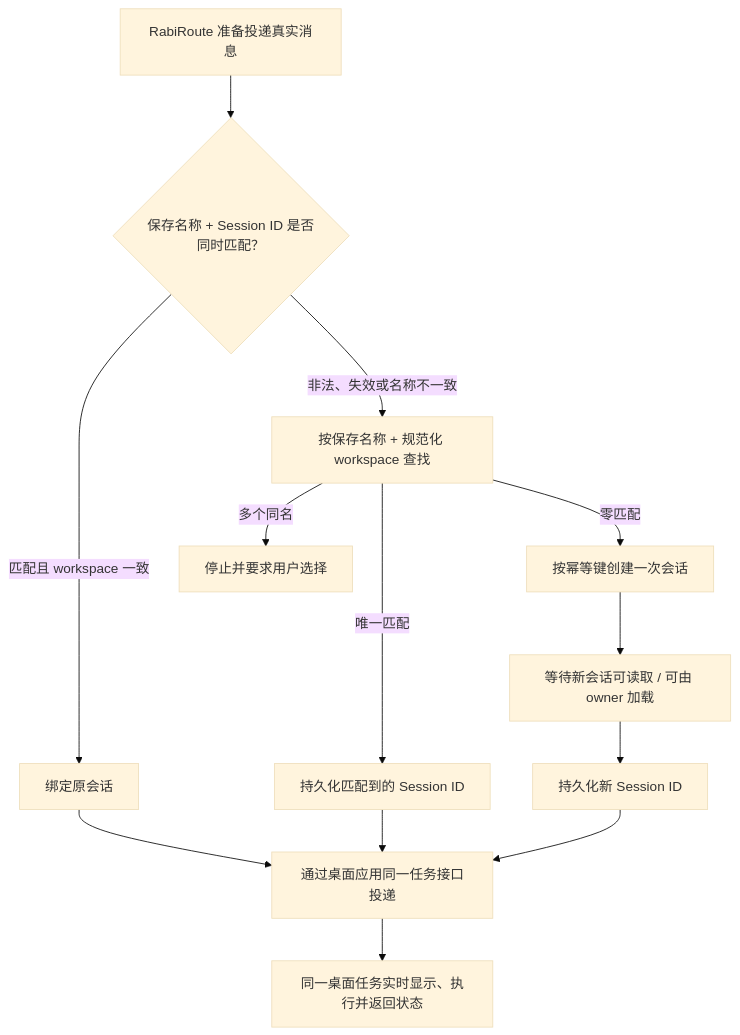
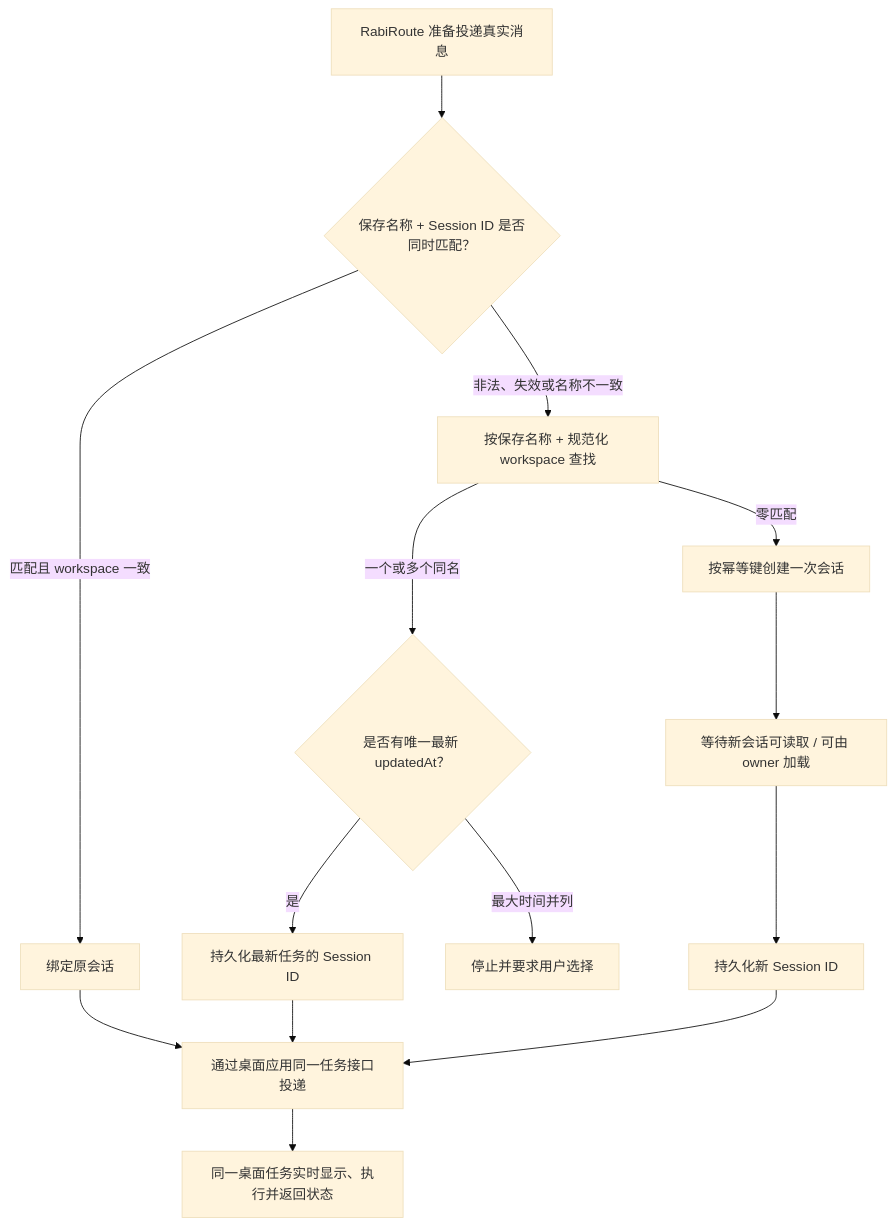
Before and after one commit to vb2250158/RabiRoute: the first of 2 diagrams in docs/agent-adapter-standard-requirements.md, drawn with Mermaid (base theme). The commit also changed other lines of this file and 23 other files, not shown here.

````diff
--- a/docs/agent-adapter-standard-requirements.md
+++ b/docs/agent-adapter-standard-requirements.md
@@ -34,15 +34,16 @@
 ```mermaid
 flowchart TD
     M["RabiRoute 准备投递真实消息"] --> I{"保存名称 + Session ID 是否同时匹配？"}
     I -->|"匹配且 workspace 一致"| B["绑定原会话"]
     I -->|"非法、失效或名称不一致"| Q["按保存名称 + 规范化 workspace 查找"]
-    Q -->|"唯一匹配"| P["持久化匹配到的 Session ID"]
+    Q -->|"一个或多个同名"| N{"是否有唯一最新 updatedAt？"}
     Q -->|"零匹配"| C["按幂等键创建一次会话"]
-    Q -->|"多个同名"| A["停止并要求用户选择"]
+    N -->|"是"| P["持久化最新任务的 Session ID"]
+    N -->|"最大时间并列"| A["停止并要求用户选择"]
     C --> V["等待新会话可读取 / 可由 owner 加载"]
     V --> P2["持久化新 Session ID"]
     B --> D["通过桌面应用同一任务接口投递"]
     P --> D
     P2 --> D
     D --> O["同一桌面任务实时显示、执行并返回状态"]
 ```
````
